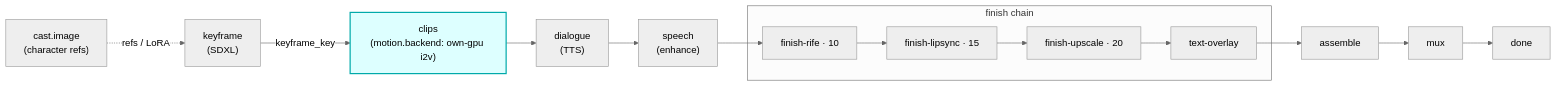
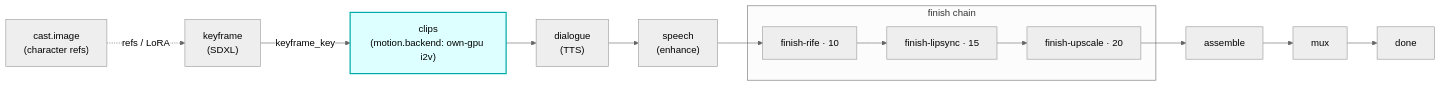
Before and after one commit to skyphusion-labs/vivijure: the diagram in modules/own-gpu/README.md, drawn with Mermaid (neutral theme). The commit also changed 23 other files, not shown here.

First line of the commit message:
chore(modules): retire the dead text-overlay finish module (#769)

````diff
--- a/modules/own-gpu/README.md
+++ b/modules/own-gpu/README.md
@@ -13,22 +13,21 @@
 ```mermaid
 flowchart LR
   cast["cast.image<br/>(character refs)"]
   kf["keyframe<br/>(SDXL)"]
   clips["clips<br/>(motion.backend: own-gpu i2v)"]
   dlg["dialogue<br/>(TTS)"]
   sp["speech<br/>(enhance)"]
   subgraph finish["finish chain"]
     rife["finish-rife · 10"]
     ls["finish-lipsync · 15"]
     up["finish-upscale · 20"]
-    ov["text-overlay"]
   end
   asm["assemble"]
   mux["mux"]
   done["done"]
 
   cast -. "refs / LoRA" .-> kf
-  kf -- "keyframe_key" --> clips --> dlg --> sp --> rife --> ls --> up --> ov --> asm --> mux --> done
+  kf -- "keyframe_key" --> clips --> dlg --> sp --> rife --> ls --> up --> asm --> mux --> done
 
   style clips fill:#dff,stroke:#0aa,stroke-width:2px
 ```
````
